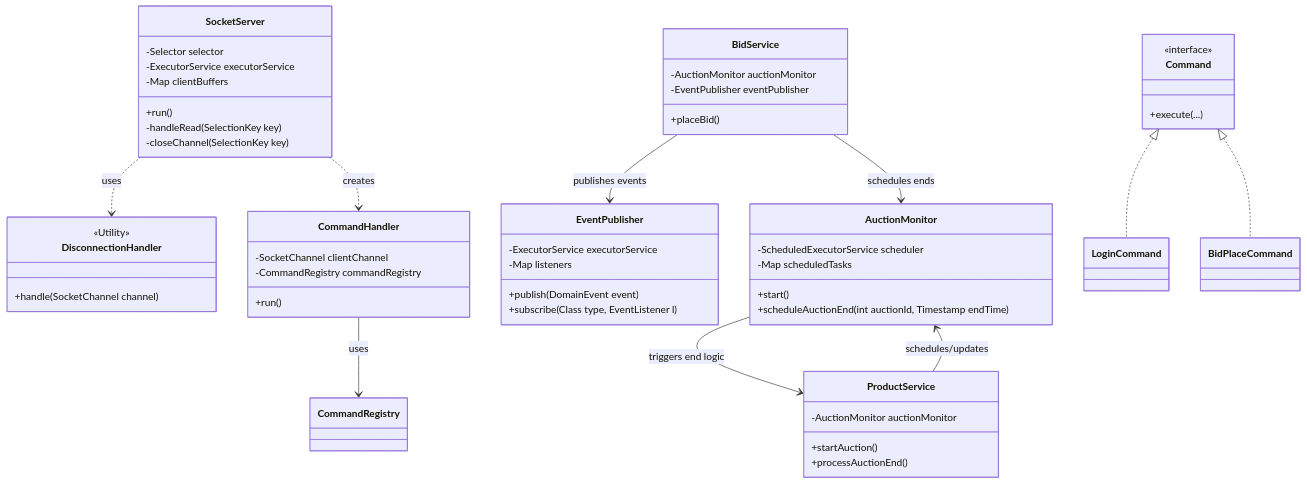
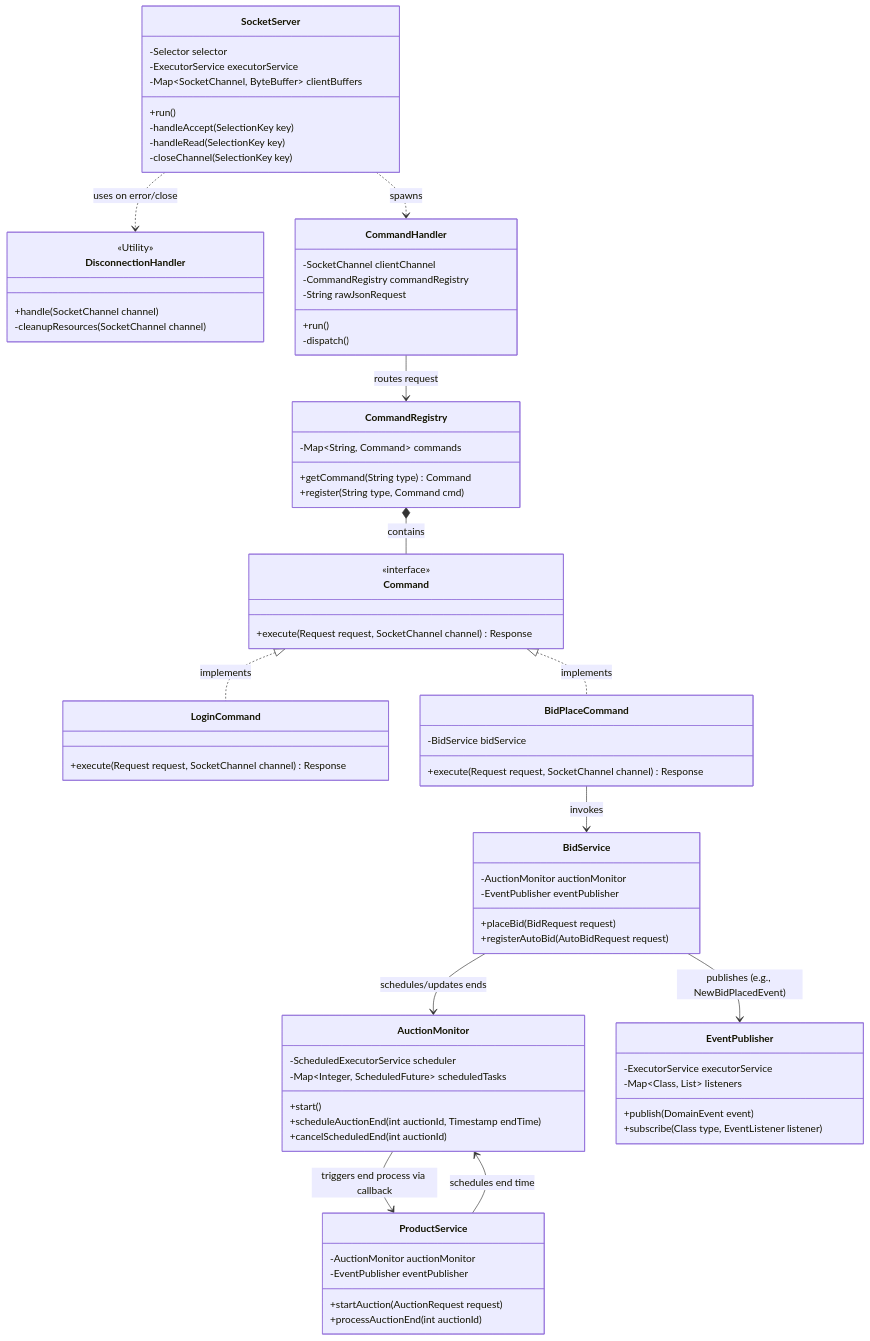
The diagram in docs/ClassDiagram_Server.md (haidang9107/Bidding), drawn with Mermaid before and after one commit. The commit also changed other lines of this file and 160 other files, not shown here.

````diff
--- a/docs/ClassDiagram_Server.md
+++ b/docs/ClassDiagram_Server.md
@@ -3,10 +15,12 @@
 ```mermaid
 classDiagram
+    %% Network Layer
     class SocketServer {
         -Selector selector
         -ExecutorService executorService
-        -Map clientBuffers
+        -Map~SocketChannel, ByteBuffer~ clientBuffers
         +run()
+        -handleAccept(SelectionKey key)
         -handleRead(SelectionKey key)
         -closeChannel(SelectionKey key)
     }
@@ -14,55 +28,84 @@
     class DisconnectionHandler {
         <<Utility>>
         +handle(SocketChannel channel)
+        -cleanupResources(SocketChannel channel)
     }
 
+    %% Event & Lifecycle Management
     class AuctionMonitor {
         -ScheduledExecutorService scheduler
-        -Map scheduledTasks
+        -Map~Integer, ScheduledFuture~ scheduledTasks
         +start()
         +scheduleAuctionEnd(int auctionId, Timestamp endTime)
+        +cancelScheduledEnd(int auctionId)
     }
 
     class EventPublisher {
         -ExecutorService executorService
-        -Map listeners
+        -Map~Class, List~ listeners
         +publish(DomainEvent event)
-        +subscribe(Class type, EventListener l)
+        +subscribe(Class type, EventListener listener)
     }
 
+    %% Core Services
     class BidService {
         -AuctionMonitor auctionMonitor
         -EventPublisher eventPublisher
-        +placeBid()
+        +placeBid(BidRequest request)
+        +registerAutoBid(AutoBidRequest request)
     }
 
     class ProductService {
         -AuctionMonitor auctionMonitor
-        +startAuction()
-        +processAuctionEnd()
+        -EventPublisher eventPublisher
+        +startAuction(AuctionRequest request)
+        +processAuctionEnd(int auctionId)
     }
 
+    %% Command Pattern
     class CommandHandler {
         -SocketChannel clientChannel
         -CommandRegistry commandRegistry
+        -String rawJsonRequest
         +run()
+        -dispatch()
     }
 
-    SocketServer ..> CommandHandler : creates
-    SocketServer ..> DisconnectionHandler : uses
-    CommandHandler --> CommandRegistry : uses
-    
-    BidService --> AuctionMonitor : schedules ends
-    BidService --> EventPublisher : publishes events
-    ProductService --> AuctionMonitor : schedules/updates
-    
-    AuctionMonitor --> ProductService : triggers end logic
-    
+    class CommandRegistry {
+        -Map~String, Command~ commands
+        +getCommand(String type) Command
+        +register(String type, Command cmd)
+    }
+
     class Command {
         <<interface>>
-        +execute(...)
+        +execute(Request request, SocketChannel channel) Response
     }
 
-    Command <|.. LoginCommand
-    Command <|.. BidPlaceCommand
+    class LoginCommand {
+        +execute(Request request, SocketChannel channel) Response
+    }
+
+    class BidPlaceCommand {
+        -BidService bidService
+        +execute(Request request, SocketChannel channel) Response
+    }
+
+    %% Relationships
+    SocketServer ..> CommandHandler : spawns
+    SocketServer ..> DisconnectionHandler : uses on error/close
+    
+    CommandHandler --> CommandRegistry : routes request
+    CommandRegistry *-- Command : contains
+    
+    Command <|.. LoginCommand : implements
+    Command <|.. BidPlaceCommand : implements
+    
+    BidPlaceCommand --> BidService : invokes
+    
+    BidService --> AuctionMonitor : schedules/updates ends
+    BidService --> EventPublisher : publishes (e.g., NewBidPlacedEvent)
+    
+    ProductService --> AuctionMonitor : schedules end time
+    AuctionMonitor --> ProductService : triggers end process via callback
 ```
````
